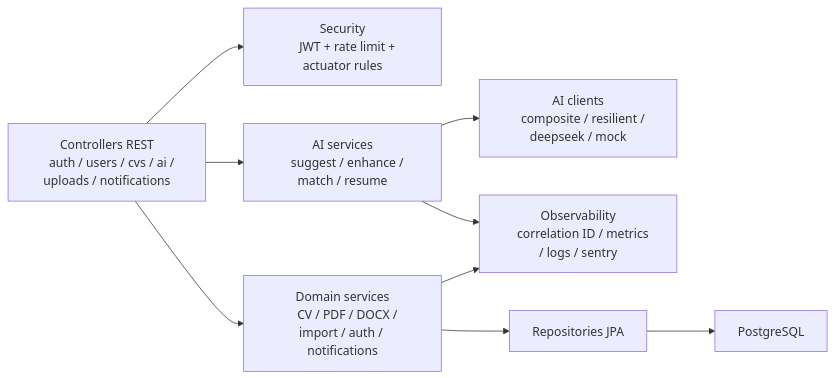
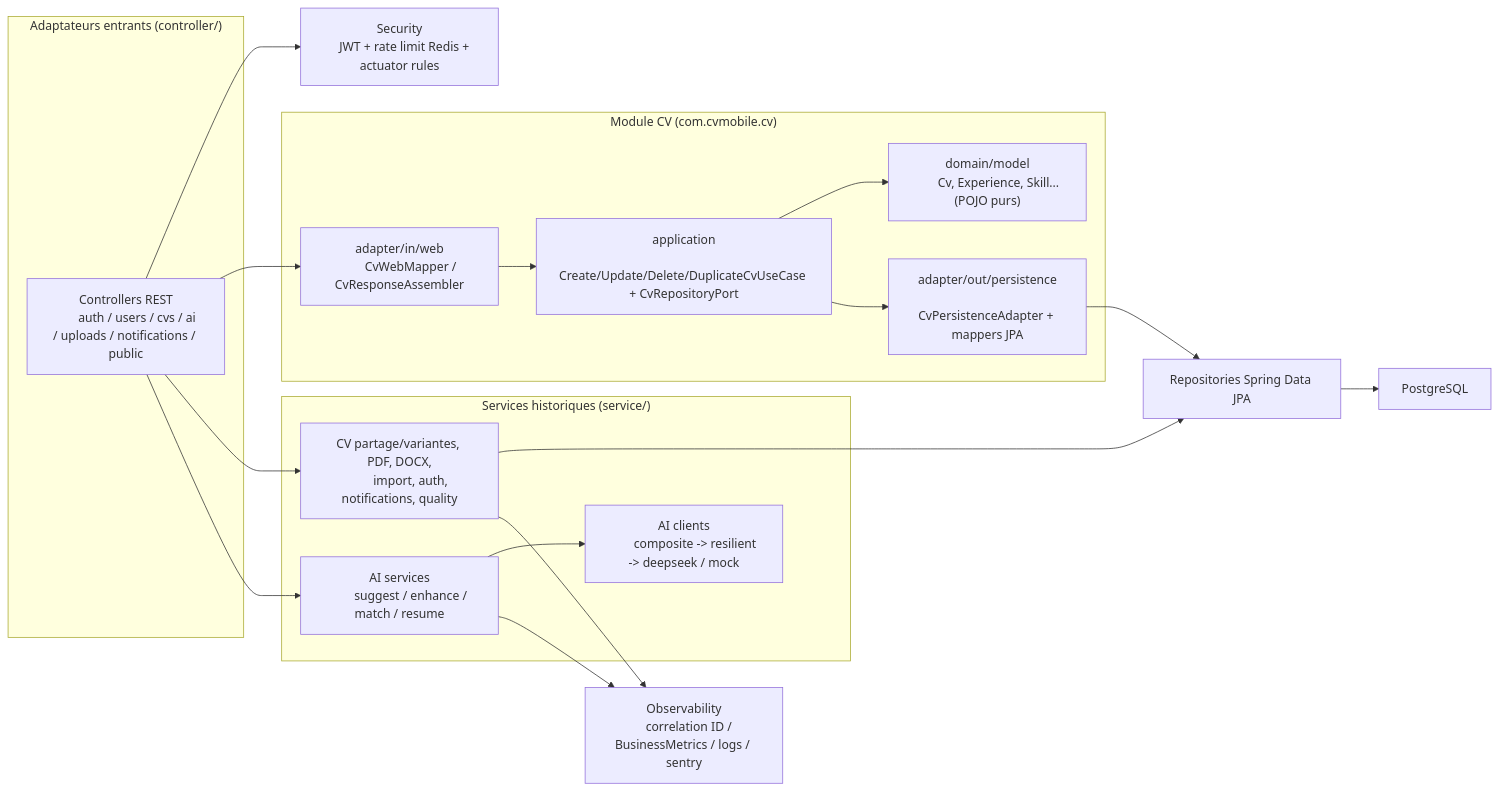
The third of 4 diagrams in docs/ARCHITECTURE.md (ouedraogoissouf2012/monCv), drawn with Mermaid before and after one commit. The commit also changed other lines of this file, not shown here.

First line of the commit message:
docs(architecture): refleter l'architecture livree par l'EPIC #231 (#492)

````diff
--- a/docs/ARCHITECTURE.md
+++ b/docs/ARCHITECTURE.md
@@ -60,26 +79,48 @@
 ```mermaid
 flowchart LR
-    Controllers["Controllers REST
-    auth / users / cvs / ai / uploads / notifications"]
+    subgraph Web["Adaptateurs entrants (controller/)"]
+        Controllers["Controllers REST
+        auth / users / cvs / ai / uploads / notifications / public"]
+    end
+
+    subgraph CvSlice["Module CV (com.cvmobile.cv)"]
+        CvWeb["adapter/in/web
+        CvWebMapper / CvResponseAssembler"]
+        CvApp["application
+        Create/Update/Delete/DuplicateCvUseCase + CvRepositoryPort"]
+        CvDomain["domain/model
+        Cv, Experience, Skill... (POJO purs)"]
+        CvOut["adapter/out/persistence
+        CvPersistenceAdapter + mappers JPA"]
+    end
+
+    subgraph Legacy["Services historiques (service/)"]
+        Services["CV partage/variantes, PDF, DOCX,
+        import, auth, notifications, quality"]
+        AiServices["AI services
+        suggest / enhance / match / resume"]
+        AiClients["AI clients
+        composite -> resilient -> deepseek / mock"]
+    end
+
     Security["Security
-    JWT + rate limit + actuator rules"]
-    Services["Domain services
-    CV / PDF / DOCX / import / auth / notifications"]
-    AiServices["AI services
-    suggest / enhance / match / resume"]
-    AiClients["AI clients
-    composite / resilient / deepseek / mock"]
+    JWT + rate limit Redis + actuator rules"]
     Observability["Observability
-    correlation ID / metrics / logs / sentry"]
-    Repos["Repositories JPA"]
+    correlation ID / BusinessMetrics / logs / sentry"]
+    Repos["Repositories Spring Data JPA"]
     Db["PostgreSQL"]
 
     Controllers --> Security
+    Controllers --> CvWeb
     Controllers --> Services
     Controllers --> AiServices
+    CvWeb --> CvApp
+    CvApp --> CvDomain
+    CvApp --> CvOut
+    CvOut --> Repos
     Services --> Repos
     AiServices --> AiClients
     Services --> Observability
     AiServices --> Observability
     Repos --> Db
 ```
````
